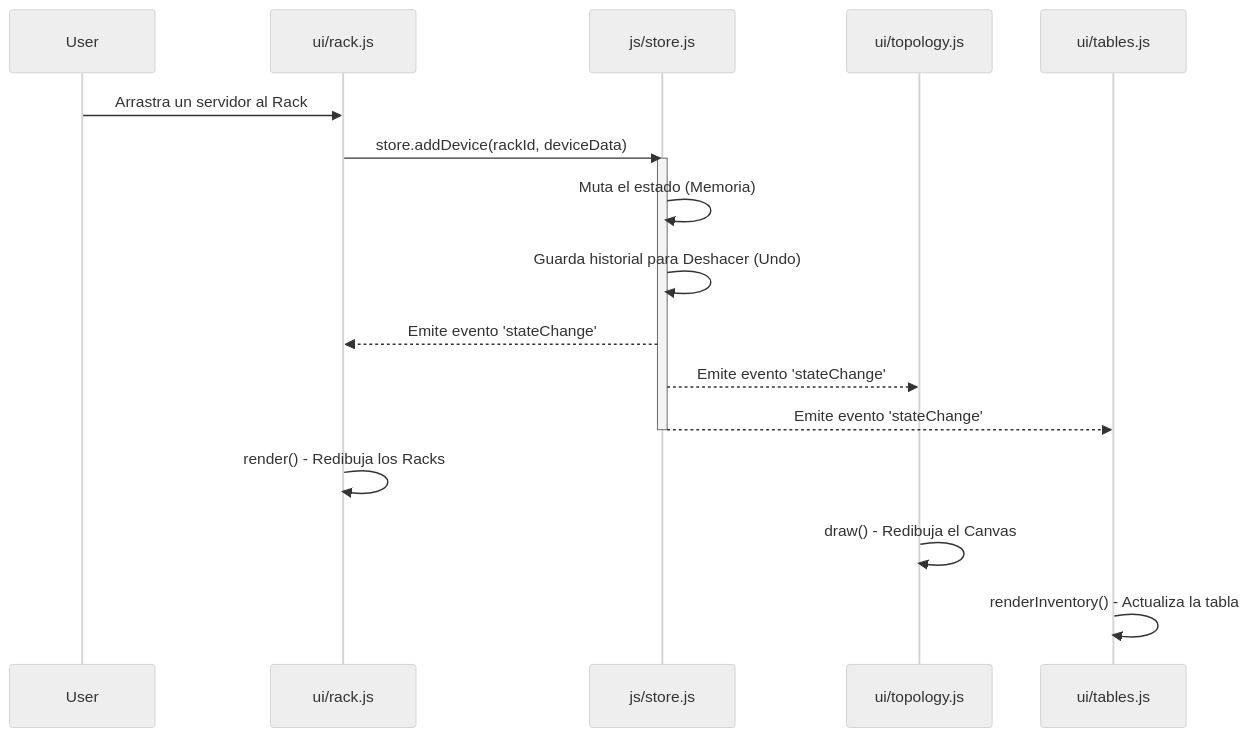
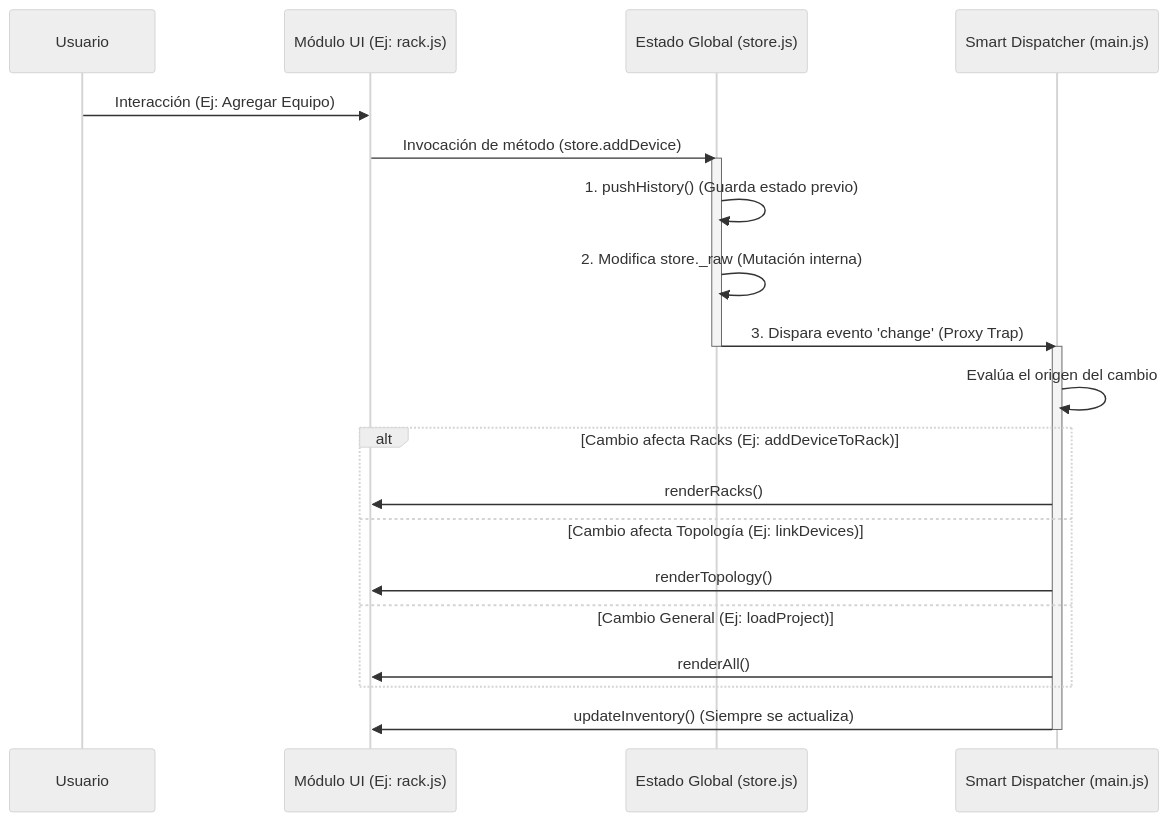
One commit to cnodfcuellar/Rack_Designer_2 changed the second of 3 diagrams in DOC/DOC_ARQUITECTURA.md. Above: the diagram before and after it, drawn with Mermaid (neutral theme). The commit also changed other lines of this file and 19 other files, not shown here.

````diff
--- a/DOC/DOC_ARQUITECTURA.md
+++ b/DOC/DOC_ARQUITECTURA.md
@@ -47,22 +88,28 @@
 ```mermaid
 sequenceDiagram
-    participant User
-    participant UI_Rack as ui/rack.js
-    participant Store as js/store.js
-    participant UI_Topology as ui/topology.js
-    participant UI_Tables as ui/tables.js
-
-    User->>UI_Rack: Arrastra un servidor al Rack
-    UI_Rack->>Store: store.addDevice(rackId, deviceData)
+    participant User as Usuario
+    participant UI as Módulo UI (Ej: rack.js)
+    participant Store as Estado Global (store.js)
+    participant Dispatcher as Smart Dispatcher (main.js)
+    
+    User->>UI: Interacción (Ej: Agregar Equipo)
+    UI->>Store: Invocación de método (store.addDevice)
     activate Store
-    Store->>Store: Muta el estado (Memoria)
-    Store->>Store: Guarda historial para Deshacer (Undo)
-    Store-->>UI_Rack: Emite evento 'stateChange'
-    Store-->>UI_Topology: Emite evento 'stateChange'
-    Store-->>UI_Tables: Emite evento 'stateChange'
+    
+    Store->>Store: 1. pushHistory() (Guarda estado previo)
+    Store->>Store: 2. Modifica store._raw (Mutación interna)
+    Store->>Dispatcher: 3. Dispara evento 'change' (Proxy Trap)
     deactivate Store
     
-    UI_Rack->>UI_Rack: render() - Redibuja los Racks
-    UI_Topology->>UI_Topology: draw() - Redibuja el Canvas
-    UI_Tables->>UI_Tables: renderInventory() - Actualiza la tabla
+    activate Dispatcher
+    Dispatcher->>Dispatcher: Evalúa el origen del cambio
+    alt Cambio afecta Racks (Ej: addDeviceToRack)
+        Dispatcher->>UI: renderRacks()
+    else Cambio afecta Topología (Ej: linkDevices)
+        Dispatcher->>UI: renderTopology()
+    else Cambio General (Ej: loadProject)
+        Dispatcher->>UI: renderAll()
+    end
+    Dispatcher->>UI: updateInventory() (Siempre se actualiza)
+    deactivate Dispatcher
 ```
````
